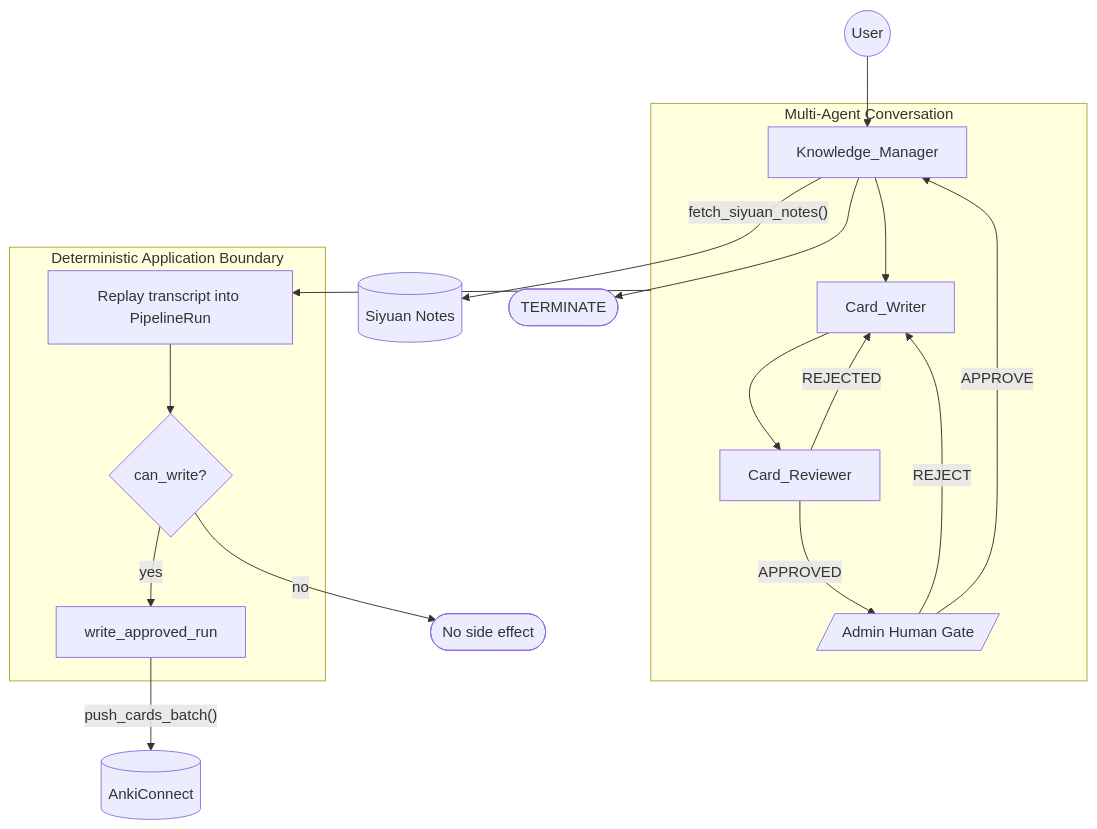
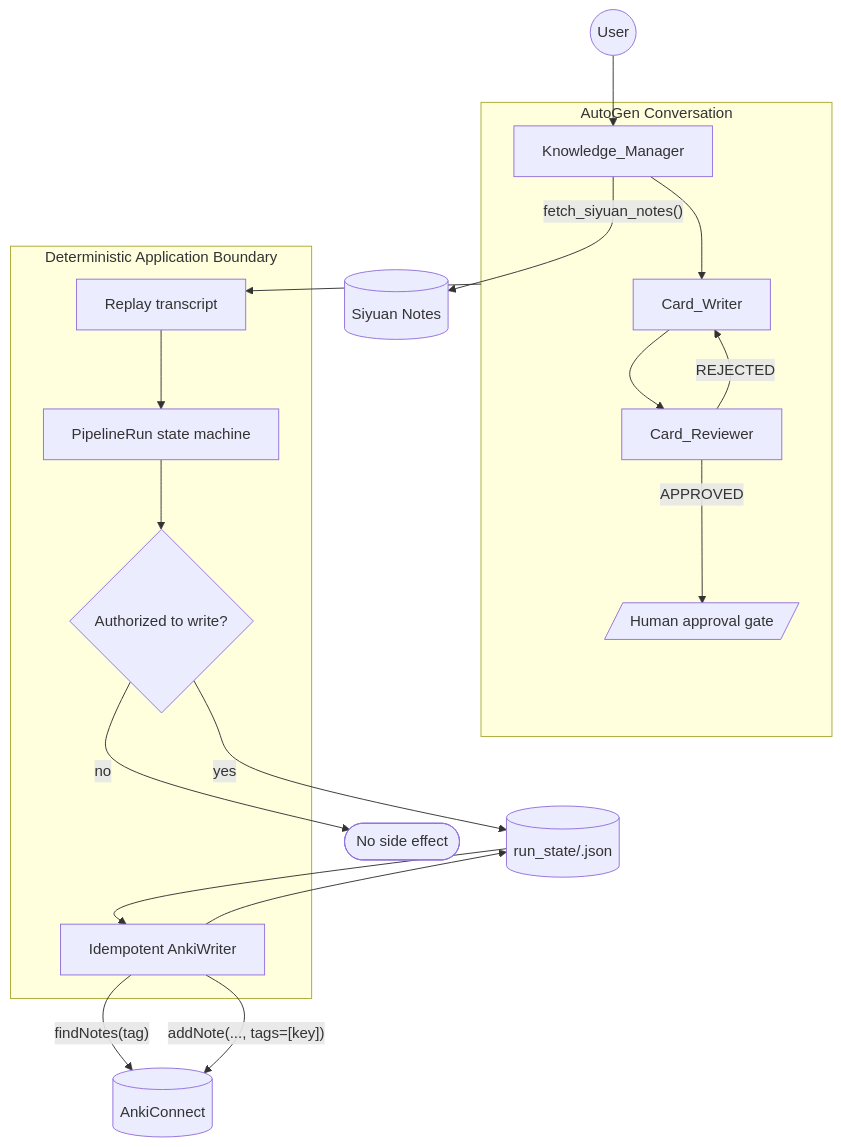
The diagram in README.md (ronketer/Local-anki-agent), drawn with Mermaid before and after one commit. The commit also changed other lines of this file, not shown here.

Commit message:
docs: document idempotent recovery architecture

````diff
--- a/README.md
+++ b/README.md
@@ -149,34 +26,39 @@
 ```mermaid
 flowchart TD
+    User((User))
     Siyuan[(Siyuan Notes)]
     Anki[(AnkiConnect)]
+    Store[(run_state/<run_id>.json)]
 
-    subgraph Agents["Multi-Agent Conversation"]
+    subgraph Agents["AutoGen Conversation"]
         KM[Knowledge_Manager]
         CW[Card_Writer]
         CR[Card_Reviewer]
-        Admin[/Admin Human Gate/]
+        Admin[/Human approval gate/]
     end
 
-    subgraph Application["Deterministic Application Boundary"]
-        Replay[Replay transcript into PipelineRun]
-        Gate{can_write?}
-        Writer[write_approved_run]
+    subgraph App["Deterministic Application Boundary"]
+        Replay[Replay transcript]
+        Run[PipelineRun state machine]
+        Gate{Authorized to write?}
+        Writer[Idempotent AnkiWriter]
     end
 
-    User((User)) --> KM
+    User --> KM
     KM -- "fetch_siyuan_notes()" --> Siyuan
     KM --> CW
     CW --> CR
     CR -- "REJECTED" --> CW
     CR -- "APPROVED" --> Admin
-    Admin -- "REJECT" --> CW
-    Admin -- "APPROVE" --> KM
-    KM --> Done([TERMINATE])
 
     Agents --> Replay
-    Replay --> Gate
+    Replay --> Run
+    Run --> Gate
     Gate -- "no" --> NoWrite([No side effect])
-    Gate -- "yes" --> Writer
-    Writer -- "push_cards_batch()" --> Anki
+    Gate -- "yes" --> Store
+    Store --> Writer
+
+    Writer -- "findNotes(tag)" --> Anki
+    Writer -- "addNote(..., tags=[key])" --> Anki
+    Writer --> Store
 ```
````
